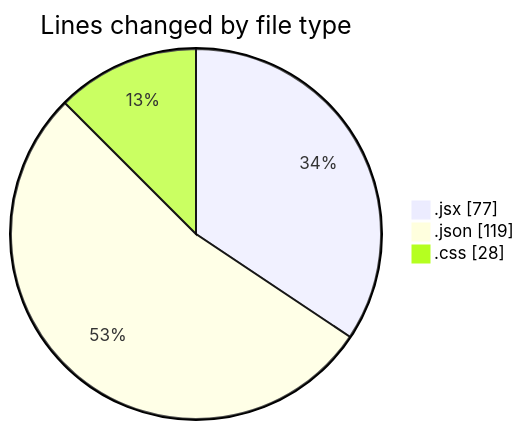
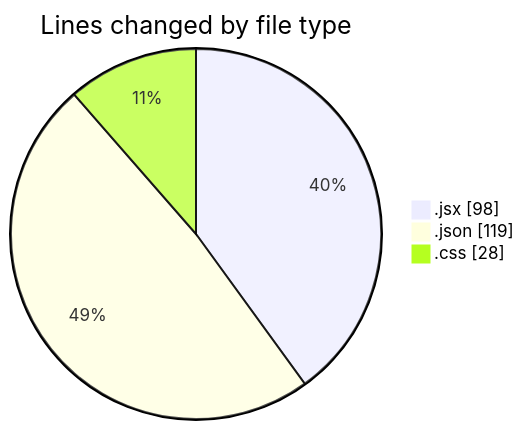
One commit to Elitesun/code-tracking changed the first of 2 diagrams in 2025-01-24/react/README.md. Above: the diagram before and after it, drawn with Mermaid. The commit also changed other lines of this file and 1 other file, not shown here.

````diff
--- a/2025-01-24/react/README.md
+++ b/2025-01-24/react/README.md
@@ -26,7 +26,7 @@
 ```mermaid
 pie showData
 title Lines changed by file type
-".jsx" : 77
+".jsx" : 98
 ".json" : 119
 ".css" : 28
 ```
````
